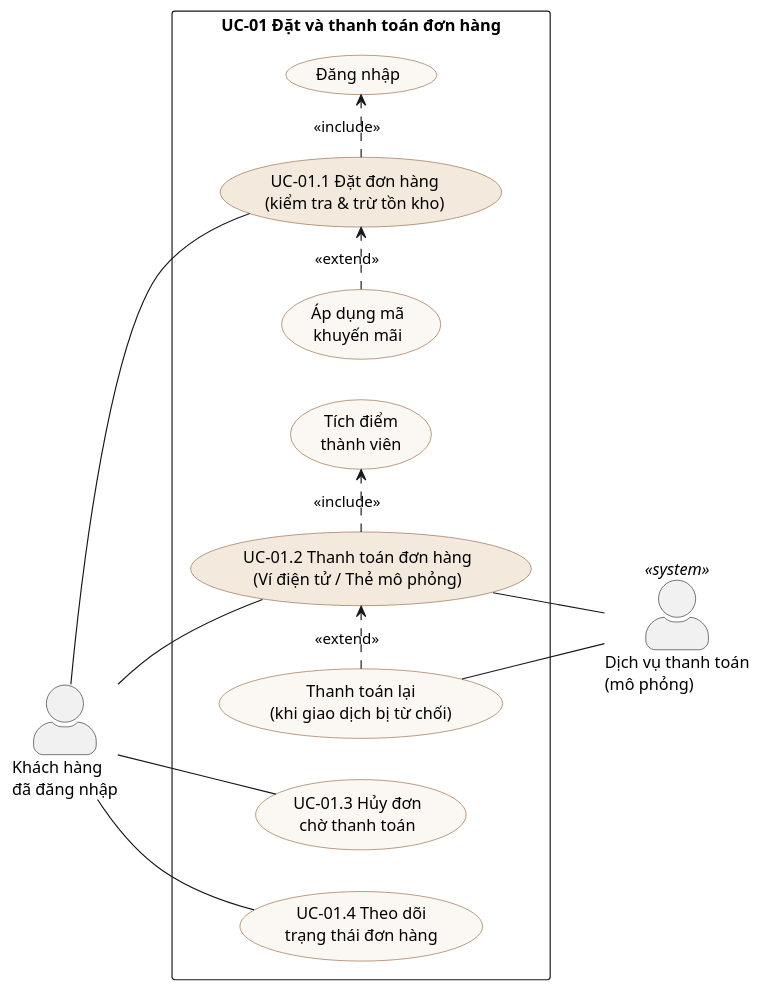
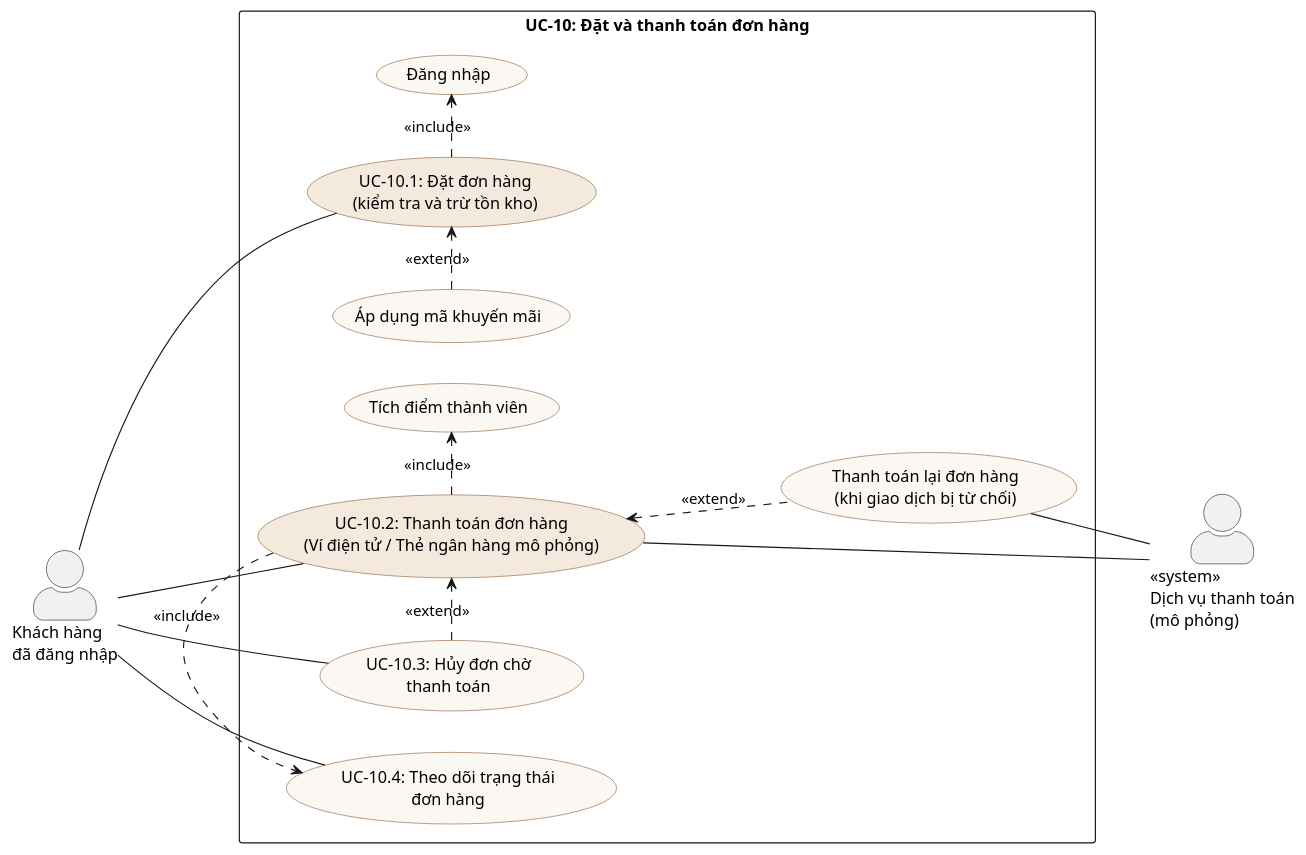
The diagram in docs/diagrams/use-case-checkout.puml (LHTCoder/brewlite), drawn with PlantUML before and after one commit. The commit also changed 23 other files, not shown here.

First line of the commit message:
docs: chỉnh sửa sơ đồ và đánh số use-case theo góp ý của nhóm

```diff
--- a/docs/diagrams/use-case-checkout.puml
+++ b/docs/diagrams/use-case-checkout.puml
@@ -1,36 +1,38 @@
 @startuml use-case-checkout
-' Sơ đồ use-case phạm vi UC-01 Đặt và thanh toán đơn hàng (Task 1.3)
+' Sơ đồ use-case phạm vi UC-10 Đặt và thanh toán đơn hàng (Task 1.3)
 left to right direction
 skinparam actorStyle awesome
 skinparam usecase {
   BackgroundColor #FBF7F2
   BorderColor #8A5733
 }
 
 actor "Khách hàng\nđã đăng nhập" as Customer
-actor "Dịch vụ thanh toán\n(mô phỏng)" as Pay <<system>>
+actor "<<system>>\nDịch vụ thanh toán\n(mô phỏng)" as Pay
 
-rectangle "UC-01 Đặt và thanh toán đơn hàng" {
-  usecase "UC-01.1 Đặt đơn hàng\n(kiểm tra & trừ tồn kho)" as UC11 #F3E9DC
-  usecase "UC-01.2 Thanh toán đơn hàng\n(Ví điện tử / Thẻ mô phỏng)" as UC12 #F3E9DC
-  usecase "UC-01.3 Hủy đơn\nchờ thanh toán" as UC13
-  usecase "UC-01.4 Theo dõi\ntrạng thái đơn hàng" as UC14
-  usecase "Áp dụng mã\nkhuyến mãi" as Promo
+rectangle "UC-10: Đặt và thanh toán đơn hàng" {
+  usecase "UC-10.1: Đặt đơn hàng\n(kiểm tra và trừ tồn kho)" as UC101 #F3E9DC
+  usecase "UC-10.2: Thanh toán đơn hàng\n(Ví điện tử / Thẻ ngân hàng mô phỏng)" as UC102 #F3E9DC
+  usecase "UC-10.3: Hủy đơn chờ\nthanh toán" as UC103
+  usecase "UC-10.4: Theo dõi trạng thái\nđơn hàng" as UC104
+  usecase "Áp dụng mã khuyến mãi" as Promo
   usecase "Đăng nhập" as Login
-  usecase "Tích điểm\nthành viên" as Points
-  usecase "Thanh toán lại\n(khi giao dịch bị từ chối)" as Retry
+  usecase "Tích điểm thành viên" as Points
+  usecase "Thanh toán lại đơn hàng\n(khi giao dịch bị từ chối)" as Retry
 }
 
-Customer -- UC11
-Customer -- UC12
-Customer -- UC13
-Customer -- UC14
+Customer -- UC101
+Customer -- UC102
+Customer -- UC103
+Customer -- UC104
 
-UC11 .> Login : <<include>>
-Promo .> UC11 : <<extend>>
-UC12 .> Points : <<include>>
-Retry .> UC12 : <<extend>>
+Promo .> UC101 : <<extend>>
+UC101 .> Login : <<include>>
+UC102 .> Points : <<include>>
+UC103 .> UC102 : <<extend>>
+UC102 .> UC104 : <<include>>
+UC102 <.. Retry : <<extend>>
 
-UC12 -- Pay
+UC102 -- Pay
 Retry -- Pay
 @enduml
```
